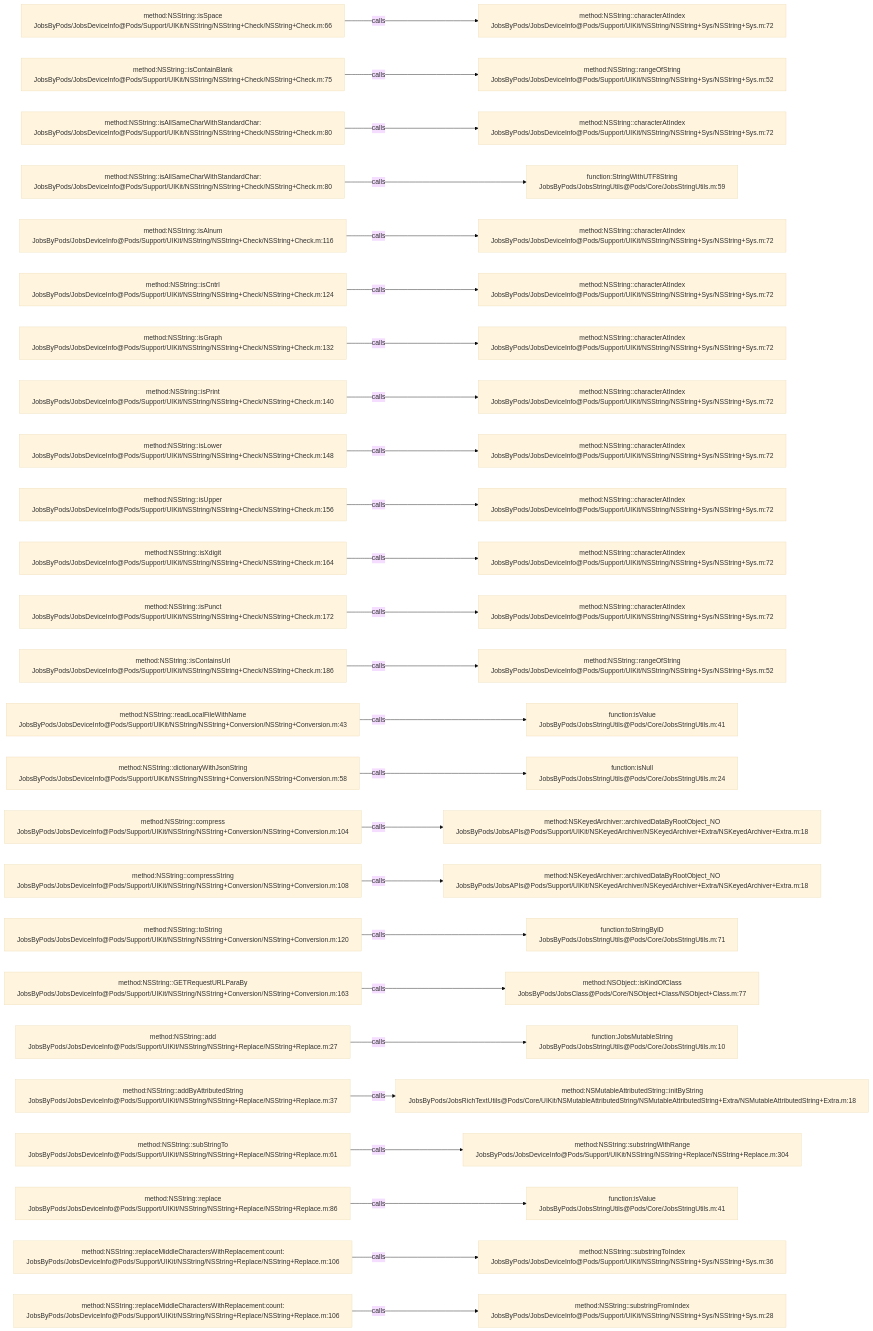
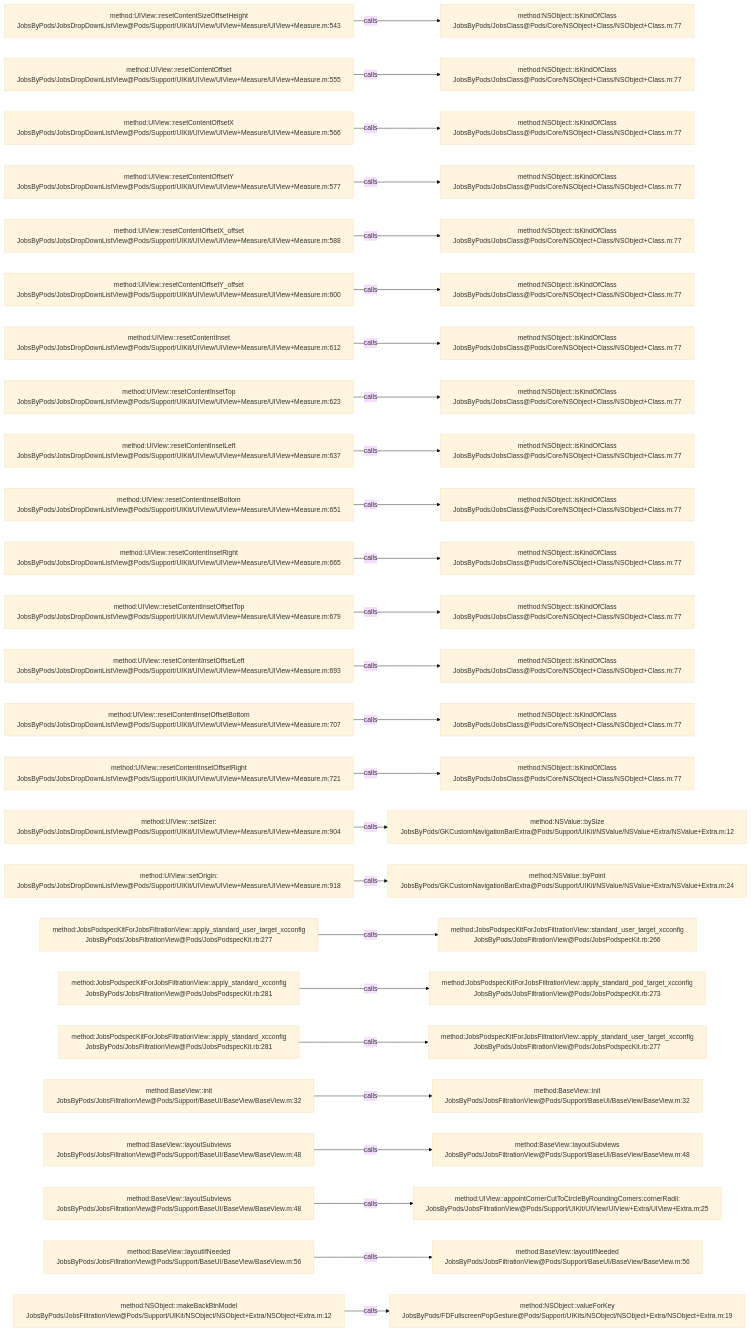
Before and after one commit to JobsKits/JobsOCBaseConfigDemo: the diagram in .codegraph/codegraph.md/graphs/calls-094.md, drawn with Mermaid (base theme). The commit also changed 639 other files, not shown here.

````diff
--- a/.codegraph/codegraph.md/graphs/calls-094.md
+++ b/.codegraph/codegraph.md/graphs/calls-094.md
@@ -13,78 +13,78 @@
 ```mermaid
 flowchart LR
-  S1["method:NSString::isSpace<br/>JobsByPods/JobsDeviceInfo@Pods/Support/UIKit/NSString/NSString+Check/NSString+Check.m:66"]
-  T1["method:NSString::characterAtIndex<br/>JobsByPods/JobsDeviceInfo@Pods/Support/UIKit/NSString/NSString+Sys/NSString+Sys.m:72"]
+  S1["method:UIView::resetContentSizeOffsetHeight<br/>JobsByPods/JobsDropDownListView@Pods/Support/UIKit/UIView/UIView+Measure/UIView+Measure.m:543"]
+  T1["method:NSObject::isKindOfClass<br/>JobsByPods/JobsClass@Pods/Core/NSObject+Class/NSObject+Class.m:77"]
   S1 -->|calls| T1
-  S2["method:NSString::isContainBlank<br/>JobsByPods/JobsDeviceInfo@Pods/Support/UIKit/NSString/NSString+Check/NSString+Check.m:75"]
-  T2["method:NSString::rangeOfString<br/>JobsByPods/JobsDeviceInfo@Pods/Support/UIKit/NSString/NSString+Sys/NSString+Sys.m:52"]
+  S2["method:UIView::resetContentOffset<br/>JobsByPods/JobsDropDownListView@Pods/Support/UIKit/UIView/UIView+Measure/UIView+Measure.m:555"]
+  T2["method:NSObject::isKindOfClass<br/>JobsByPods/JobsClass@Pods/Core/NSObject+Class/NSObject+Class.m:77"]
   S2 -->|calls| T2
-  S3["method:NSString::isAllSameCharWithStandardChar:<br/>JobsByPods/JobsDeviceInfo@Pods/Support/UIKit/NSString/NSString+Check/NSString+Check.m:80"]
-  T3["method:NSString::characterAtIndex<br/>JobsByPods/JobsDeviceInfo@Pods/Support/UIKit/NSString/NSString+Sys/NSString+Sys.m:72"]
+  S3["method:UIView::resetContentOffsetX<br/>JobsByPods/JobsDropDownListView@Pods/Support/UIKit/UIView/UIView+Measure/UIView+Measure.m:566"]
+  T3["method:NSObject::isKindOfClass<br/>JobsByPods/JobsClass@Pods/Core/NSObject+Class/NSObject+Class.m:77"]
   S3 -->|calls| T3
-  S4["method:NSString::isAllSameCharWithStandardChar:<br/>JobsByPods/JobsDeviceInfo@Pods/Support/UIKit/NSString/NSString+Check/NSString+Check.m:80"]
-  T4["function:StringWithUTF8String<br/>JobsByPods/JobsStringUtils@Pods/Core/JobsStringUtils.m:59"]
+  S4["method:UIView::resetContentOffsetY<br/>JobsByPods/JobsDropDownListView@Pods/Support/UIKit/UIView/UIView+Measure/UIView+Measure.m:577"]
+  T4["method:NSObject::isKindOfClass<br/>JobsByPods/JobsClass@Pods/Core/NSObject+Class/NSObject+Class.m:77"]
   S4 -->|calls| T4
-  S5["method:NSString::isAlnum<br/>JobsByPods/JobsDeviceInfo@Pods/Support/UIKit/NSString/NSString+Check/NSString+Check.m:116"]
-  T5["method:NSString::characterAtIndex<br/>JobsByPods/JobsDeviceInfo@Pods/Support/UIKit/NSString/NSString+Sys/NSString+Sys.m:72"]
+  S5["method:UIView::resetContentOffsetX_offset<br/>JobsByPods/JobsDropDownListView@Pods/Support/UIKit/UIView/UIView+Measure/UIView+Measure.m:588"]
+  T5["method:NSObject::isKindOfClass<br/>JobsByPods/JobsClass@Pods/Core/NSObject+Class/NSObject+Class.m:77"]
   S5 -->|calls| T5
-  S6["method:NSString::isCntrl<br/>JobsByPods/JobsDeviceInfo@Pods/Support/UIKit/NSString/NSString+Check/NSString+Check.m:124"]
-  T6["method:NSString::characterAtIndex<br/>JobsByPods/JobsDeviceInfo@Pods/Support/UIKit/NSString/NSString+Sys/NSString+Sys.m:72"]
+  S6["method:UIView::resetContentOffsetY_offset<br/>JobsByPods/JobsDropDownListView@Pods/Support/UIKit/UIView/UIView+Measure/UIView+Measure.m:600"]
+  T6["method:NSObject::isKindOfClass<br/>JobsByPods/JobsClass@Pods/Core/NSObject+Class/NSObject+Class.m:77"]
   S6 -->|calls| T6
-  S7["method:NSString::isGraph<br/>JobsByPods/JobsDeviceInfo@Pods/Support/UIKit/NSString/NSString+Check/NSString+Check.m:132"]
-  T7["method:NSString::characterAtIndex<br/>JobsByPods/JobsDeviceInfo@Pods/Support/UIKit/NSString/NSString+Sys/NSString+Sys.m:72"]
+  S7["method:UIView::resetContentInset<br/>JobsByPods/JobsDropDownListView@Pods/Support/UIKit/UIView/UIView+Measure/UIView+Measure.m:612"]
+  T7["method:NSObject::isKindOfClass<br/>JobsByPods/JobsClass@Pods/Core/NSObject+Class/NSObject+Class.m:77"]
   S7 -->|calls| T7
-  S8["method:NSString::isPrint<br/>JobsByPods/JobsDeviceInfo@Pods/Support/UIKit/NSString/NSString+Check/NSString+Check.m:140"]
-  T8["method:NSString::characterAtIndex<br/>JobsByPods/JobsDeviceInfo@Pods/Support/UIKit/NSString/NSString+Sys/NSString+Sys.m:72"]
+  S8["method:UIView::resetContentInsetTop<br/>JobsByPods/JobsDropDownListView@Pods/Support/UIKit/UIView/UIView+Measure/UIView+Measure.m:623"]
+  T8["method:NSObject::isKindOfClass<br/>JobsByPods/JobsClass@Pods/Core/NSObject+Class/NSObject+Class.m:77"]
   S8 -->|calls| T8
-  S9["method:NSString::isLower<br/>JobsByPods/JobsDeviceInfo@Pods/Support/UIKit/NSString/NSString+Check/NSString+Check.m:148"]
-  T9["method:NSString::characterAtIndex<br/>JobsByPods/JobsDeviceInfo@Pods/Support/UIKit/NSString/NSString+Sys/NSString+Sys.m:72"]
+  S9["method:UIView::resetContentInsetLeft<br/>JobsByPods/JobsDropDownListView@Pods/Support/UIKit/UIView/UIView+Measure/UIView+Measure.m:637"]
+  T9["method:NSObject::isKindOfClass<br/>JobsByPods/JobsClass@Pods/Core/NSObject+Class/NSObject+Class.m:77"]
   S9 -->|calls| T9
-  S10["method:NSString::isUpper<br/>JobsByPods/JobsDeviceInfo@Pods/Support/UIKit/NSString/NSString+Check/NSString+Check.m:156"]
-  T10["method:NSString::characterAtIndex<br/>JobsByPods/JobsDeviceInfo@Pods/Support/UIKit/NSString/NSString+Sys/NSString+Sys.m:72"]
+  S10["method:UIView::resetContentInsetBottom<br/>JobsByPods/JobsDropDownListView@Pods/Support/UIKit/UIView/UIView+Measure/UIView+Measure.m:651"]
+  T10["method:NSObject::isKindOfClass<br/>JobsByPods/JobsClass@Pods/Core/NSObject+Class/NSObject+Class.m:77"]
   S10 -->|calls| T10
-  S11["method:NSString::isXdigit<br/>JobsByPods/JobsDeviceInfo@Pods/Support/UIKit/NSString/NSString+Check/NSString+Check.m:164"]
-  T11["method:NSString::characterAtIndex<br/>JobsByPods/JobsDeviceInfo@Pods/Support/UIKit/NSString/NSString+Sys/NSString+Sys.m:72"]
+  S11["method:UIView::resetContentInsetRight<br/>JobsByPods/JobsDropDownListView@Pods/Support/UIKit/UIView/UIView+Measure/UIView+Measure.m:665"]
+  T11["method:NSObject::isKindOfClass<br/>JobsByPods/JobsClass@Pods/Core/NSObject+Class/NSObject+Class.m:77"]
   S11 -->|calls| T11
-  S12["method:NSString::isPunct<br/>JobsByPods/JobsDeviceInfo@Pods/Support/UIKit/NSString/NSString+Check/NSString+Check.m:172"]
-  T12["method:NSString::characterAtIndex<br/>JobsByPods/JobsDeviceInfo@Pods/Support/UIKit/NSString/NSString+Sys/NSString+Sys.m:72"]
+  S12["method:UIView::resetContentInsetOffsetTop<br/>JobsByPods/JobsDropDownListView@Pods/Support/UIKit/UIView/UIView+Measure/UIView+Measure.m:679"]
+  T12["method:NSObject::isKindOfClass<br/>JobsByPods/JobsClass@Pods/Core/NSObject+Class/NSObject+Class.m:77"]
   S12 -->|calls| T12
-  S13["method:NSString::isContainsUrl<br/>JobsByPods/JobsDeviceInfo@Pods/Support/UIKit/NSString/NSString+Check/NSString+Check.m:186"]
-  T13["method:NSString::rangeOfString<br/>JobsByPods/JobsDeviceInfo@Pods/Support/UIKit/NSString/NSString+Sys/NSString+Sys.m:52"]
+  S13["method:UIView::resetContentInsetOffsetLeft<br/>JobsByPods/JobsDropDownListView@Pods/Support/UIKit/UIView/UIView+Measure/UIView+Measure.m:693"]
+  T13["method:NSObject::isKindOfClass<br/>JobsByPods/JobsClass@Pods/Core/NSObject+Class/NSObject+Class.m:77"]
   S13 -->|calls| T13
-  S14["method:NSString::readLocalFileWithName<br/>JobsByPods/JobsDeviceInfo@Pods/Support/UIKit/NSString/NSString+Conversion/NSString+Conversion.m:43"]
-  T14["function:isValue<br/>JobsByPods/JobsStringUtils@Pods/Core/JobsStringUtils.m:41"]
+  S14["method:UIView::resetContentInsetOffsetBottom<br/>JobsByPods/JobsDropDownListView@Pods/Support/UIKit/UIView/UIView+Measure/UIView+Measure.m:707"]
+  T14["method:NSObject::isKindOfClass<br/>JobsByPods/JobsClass@Pods/Core/NSObject+Class/NSObject+Class.m:77"]
   S14 -->|calls| T14
-  S15["method:NSString::dictionaryWithJsonString<br/>JobsByPods/JobsDeviceInfo@Pods/Support/UIKit/NSString/NSString+Conversion/NSString+Conversion.m:58"]
-  T15["function:isNull<br/>JobsByPods/JobsStringUtils@Pods/Core/JobsStringUtils.m:24"]
+  S15["method:UIView::resetContentInsetOffsetRight<br/>JobsByPods/JobsDropDownListView@Pods/Support/UIKit/UIView/UIView+Measure/UIView+Measure.m:721"]
+  T15["method:NSObject::isKindOfClass<br/>JobsByPods/JobsClass@Pods/Core/NSObject+Class/NSObject+Class.m:77"]
   S15 -->|calls| T15
-  S16["method:NSString::compress<br/>JobsByPods/JobsDeviceInfo@Pods/Support/UIKit/NSString/NSString+Conversion/NSString+Conversion.m:104"]
-  T16["method:NSKeyedArchiver::archivedDataByRootObject_NO<br/>JobsByPods/JobsAPIs@Pods/Support/UIKit/NSKeyedArchiver/NSKeyedArchiver+Extra/NSKeyedArchiver+Extra.m:18"]
+  S16["method:UIView::setSizer:<br/>JobsByPods/JobsDropDownListView@Pods/Support/UIKit/UIView/UIView+Measure/UIView+Measure.m:904"]
+  T16["method:NSValue::bySize<br/>JobsByPods/GKCustomNavigationBarExtra@Pods/Support/UIKit/NSValue/NSValue+Extra/NSValue+Extra.m:12"]
   S16 -->|calls| T16
-  S17["method:NSString::compressString<br/>JobsByPods/JobsDeviceInfo@Pods/Support/UIKit/NSString/NSString+Conversion/NSString+Conversion.m:108"]
-  T17["method:NSKeyedArchiver::archivedDataByRootObject_NO<br/>JobsByPods/JobsAPIs@Pods/Support/UIKit/NSKeyedArchiver/NSKeyedArchiver+Extra/NSKeyedArchiver+Extra.m:18"]
+  S17["method:UIView::setOrigin:<br/>JobsByPods/JobsDropDownListView@Pods/Support/UIKit/UIView/UIView+Measure/UIView+Measure.m:918"]
+  T17["method:NSValue::byPoint<br/>JobsByPods/GKCustomNavigationBarExtra@Pods/Support/UIKit/NSValue/NSValue+Extra/NSValue+Extra.m:24"]
   S17 -->|calls| T17
-  S18["method:NSString::toString<br/>JobsByPods/JobsDeviceInfo@Pods/Support/UIKit/NSString/NSString+Conversion/NSString+Conversion.m:120"]
-  T18["function:toStringByID<br/>JobsByPods/JobsStringUtils@Pods/Core/JobsStringUtils.m:71"]
+  S18["method:JobsPodspecKitForJobsFiltrationView::apply_standard_user_target_xcconfig<br/>JobsByPods/JobsFiltrationView@Pods/JobsPodspecKit.rb:277"]
+  T18["method:JobsPodspecKitForJobsFiltrationView::standard_user_target_xcconfig<br/>JobsByPods/JobsFiltrationView@Pods/JobsPodspecKit.rb:266"]
   S18 -->|calls| T18
-  S19["method:NSString::GETRequestURLParaBy<br/>JobsByPods/JobsDeviceInfo@Pods/Support/UIKit/NSString/NSString+Conversion/NSString+Conversion.m:163"]
-  T19["method:NSObject::isKindOfClass<br/>JobsByPods/JobsClass@Pods/Core/NSObject+Class/NSObject+Class.m:77"]
+  S19["method:JobsPodspecKitForJobsFiltrationView::apply_standard_xcconfig<br/>JobsByPods/JobsFiltrationView@Pods/JobsPodspecKit.rb:281"]
+  T19["method:JobsPodspecKitForJobsFiltrationView::apply_standard_pod_target_xcconfig<br/>JobsByPods/JobsFiltrationView@Pods/JobsPodspecKit.rb:273"]
   S19 -->|calls| T19
-  S20["method:NSString::add<br/>JobsByPods/JobsDeviceInfo@Pods/Support/UIKit/NSString/NSString+Replace/NSString+Replace.m:27"]
-  T20["function:JobsMutableString<br/>JobsByPods/JobsStringUtils@Pods/Core/JobsStringUtils.m:10"]
+  S20["method:JobsPodspecKitForJobsFiltrationView::apply_standard_xcconfig<br/>JobsByPods/JobsFiltrationView@Pods/JobsPodspecKit.rb:281"]
+  T20["method:JobsPodspecKitForJobsFiltrationView::apply_standard_user_target_xcconfig<br/>JobsByPods/JobsFiltrationView@Pods/JobsPodspecKit.rb:277"]
   S20 -->|calls| T20
-  S21["method:NSString::addByAttributedString<br/>JobsByPods/JobsDeviceInfo@Pods/Support/UIKit/NSString/NSString+Replace/NSString+Replace.m:37"]
-  T21["method:NSMutableAttributedString::initByString<br/>JobsByPods/JobsRichTextUtils@Pods/Core/UIKit/NSMutableAttributedString/NSMutableAttributedString+Extra/NSMutableAttributedString+Extra.m:18"]
+  S21["method:BaseView::init<br/>JobsByPods/JobsFiltrationView@Pods/Support/BaseUI/BaseView/BaseView.m:32"]
+  T21["method:BaseView::init<br/>JobsByPods/JobsFiltrationView@Pods/Support/BaseUI/BaseView/BaseView.m:32"]
   S21 -->|calls| T21
-  S22["method:NSString::subStringTo<br/>JobsByPods/JobsDeviceInfo@Pods/Support/UIKit/NSString/NSString+Replace/NSString+Replace.m:61"]
-  T22["method:NSString::substringWithRange<br/>JobsByPods/JobsDeviceInfo@Pods/Support/UIKit/NSString/NSString+Replace/NSString+Replace.m:304"]
+  S22["method:BaseView::layoutSubviews<br/>JobsByPods/JobsFiltrationView@Pods/Support/BaseUI/BaseView/BaseView.m:48"]
+  T22["method:BaseView::layoutSubviews<br/>JobsByPods/JobsFiltrationView@Pods/Support/BaseUI/BaseView/BaseView.m:48"]
   S22 -->|calls| T22
-  S23["method:NSString::replace<br/>JobsByPods/JobsDeviceInfo@Pods/Support/UIKit/NSString/NSString+Replace/NSString+Replace.m:86"]
-  T23["function:isValue<br/>JobsByPods/JobsStringUtils@Pods/Core/JobsStringUtils.m:41"]
+  S23["method:BaseView::layoutSubviews<br/>JobsByPods/JobsFiltrationView@Pods/Support/BaseUI/BaseView/BaseView.m:48"]
+  T23["method:UIView::appointCornerCutToCircleByRoundingCorners:cornerRadii:<br/>JobsByPods/JobsFiltrationView@Pods/Support/UIKit/UIView/UIView+Extra/UIView+Extra.m:25"]
   S23 -->|calls| T23
-  S24["method:NSString::replaceMiddleCharactersWithReplacement:count:<br/>JobsByPods/JobsDeviceInfo@Pods/Support/UIKit/NSString/NSString+Replace/NSString+Replace.m:106"]
-  T24["method:NSString::substringToIndex<br/>JobsByPods/JobsDeviceInfo@Pods/Support/UIKit/NSString/NSString+Sys/NSString+Sys.m:36"]
+  S24["method:BaseView::layoutIfNeeded<br/>JobsByPods/JobsFiltrationView@Pods/Support/BaseUI/BaseView/BaseView.m:56"]
+  T24["method:BaseView::layoutIfNeeded<br/>JobsByPods/JobsFiltrationView@Pods/Support/BaseUI/BaseView/BaseView.m:56"]
   S24 -->|calls| T24
-  S25["method:NSString::replaceMiddleCharactersWithReplacement:count:<br/>JobsByPods/JobsDeviceInfo@Pods/Support/UIKit/NSString/NSString+Replace/NSString+Replace.m:106"]
-  T25["method:NSString::substringFromIndex<br/>JobsByPods/JobsDeviceInfo@Pods/Support/UIKit/NSString/NSString+Sys/NSString+Sys.m:28"]
+  S25["method:NSObject::makeBackBtnModel<br/>JobsByPods/JobsFiltrationView@Pods/Support/UIKit/NSObject/NSObject+Extra/NSObject+Extra.m:12"]
+  T25["method:NSObject::valueForKey<br/>JobsByPods/FDFullscreenPopGesture@Pods/Support/UIKits/NSObject/NSObject+Extra/NSObject+Extra.m:19"]
   S25 -->|calls| T25
 ```
````
